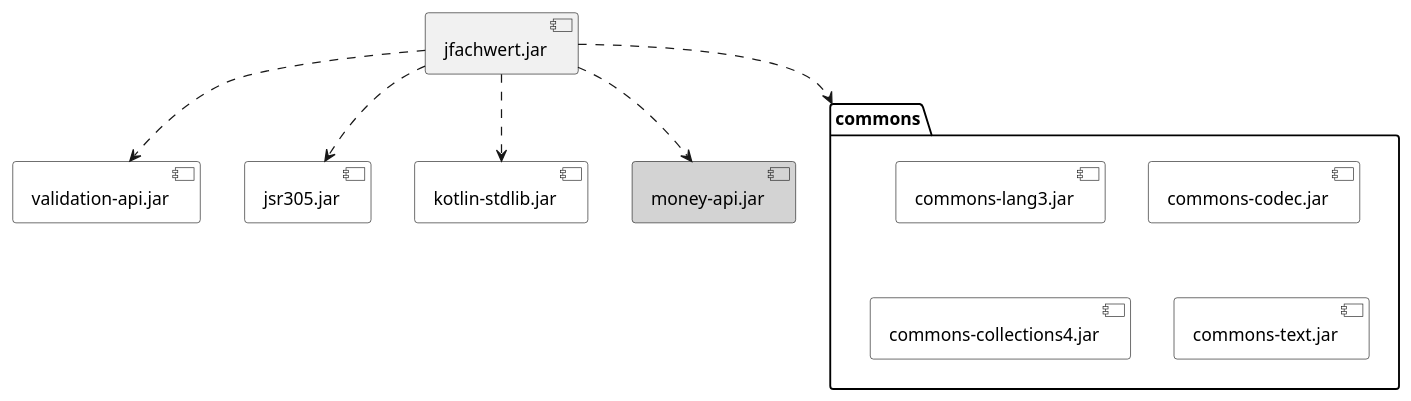
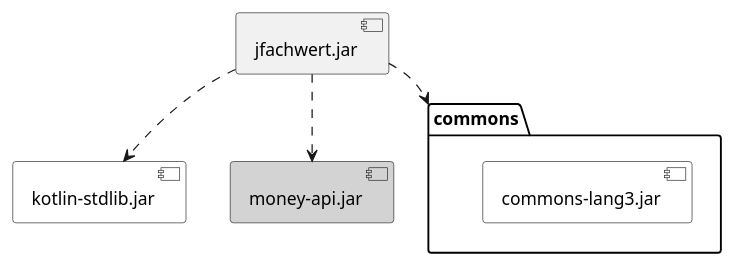
One commit to oboehm/jfachwert changed the diagram in src/main/asciidoc/images/dependencies.puml. Above: the diagram before and after it, drawn with PlantUML.

Commit message:
Doku zu Dependencies korrigiert

```diff
--- a/src/main/asciidoc/images/dependencies.puml
+++ b/src/main/asciidoc/images/dependencies.puml
@@ -1,31 +1,19 @@
 @startuml
 
 folder "commons" {
 
     [commons-lang3.jar]
-    [commons-codec.jar]
-    [commons-collections4.jar]
-    [commons-text.jar]
 
 }
 
 [jfachwert.jar] ..> commons
-
-[jfachwert.jar] ..> [validation-api.jar]
-
-[jfachwert.jar] ..> [jsr305.jar]
 
 [jfachwert.jar] ..> [kotlin-stdlib.jar]
 
 [jfachwert.jar] ..> [money-api.jar]
 
 [commons-lang3.jar] #White
-[commons-codec.jar] #White
-[commons-collections4.jar] #White
-[commons-text.jar] #White
-[validation-api.jar] #White
-[jsr305.jar] #White
 [kotlin-stdlib.jar] #White
 [money-api.jar] #Lightgrey
 
 @enduml
```
